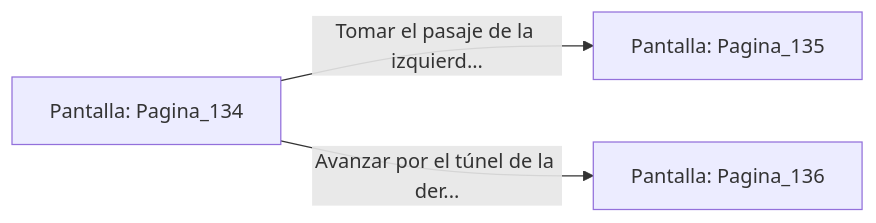
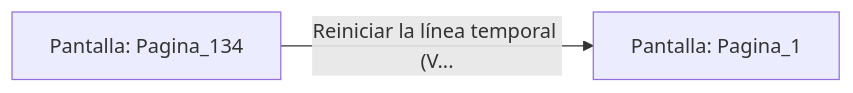
The diagram in sample/eligejuego-vault/Pantalla_Pagina_134.md (metsuke/mpl), drawn with Mermaid before and after one commit. The commit also changed other lines of this file and 635 other files, not shown here.

First line of the commit message:
fix: añadir Pagina_1 como pantalla inicial en capitulo_01.mpl

````diff
--- a/sample/eligejuego-vault/Pantalla_Pagina_134.md
+++ b/sample/eligejuego-vault/Pantalla_Pagina_134.md
@@ -20,6 +17,5 @@
 ```mermaid
 graph LR
     P_Pagina_134["Pantalla: Pagina_134"]
-    P_Pagina_134 -->|"Tomar el pasaje de la izquierd..."| P_Pagina_135["Pantalla: Pagina_135"]
-    P_Pagina_134 -->|"Avanzar por el túnel de la der..."| P_Pagina_136["Pantalla: Pagina_136"]
+    P_Pagina_134 -->|"Reiniciar la línea temporal (V..."| P_Pagina_1["Pantalla: Pagina_1"]
 ```
````
